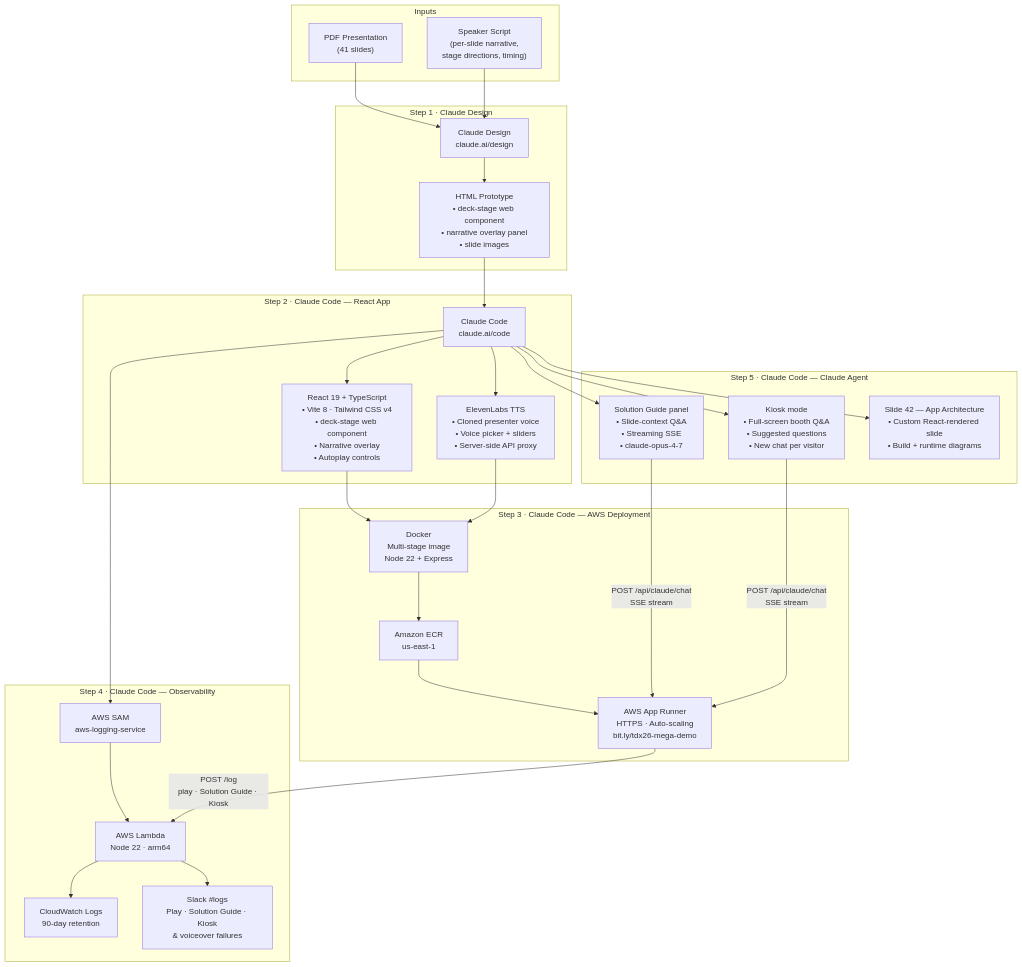
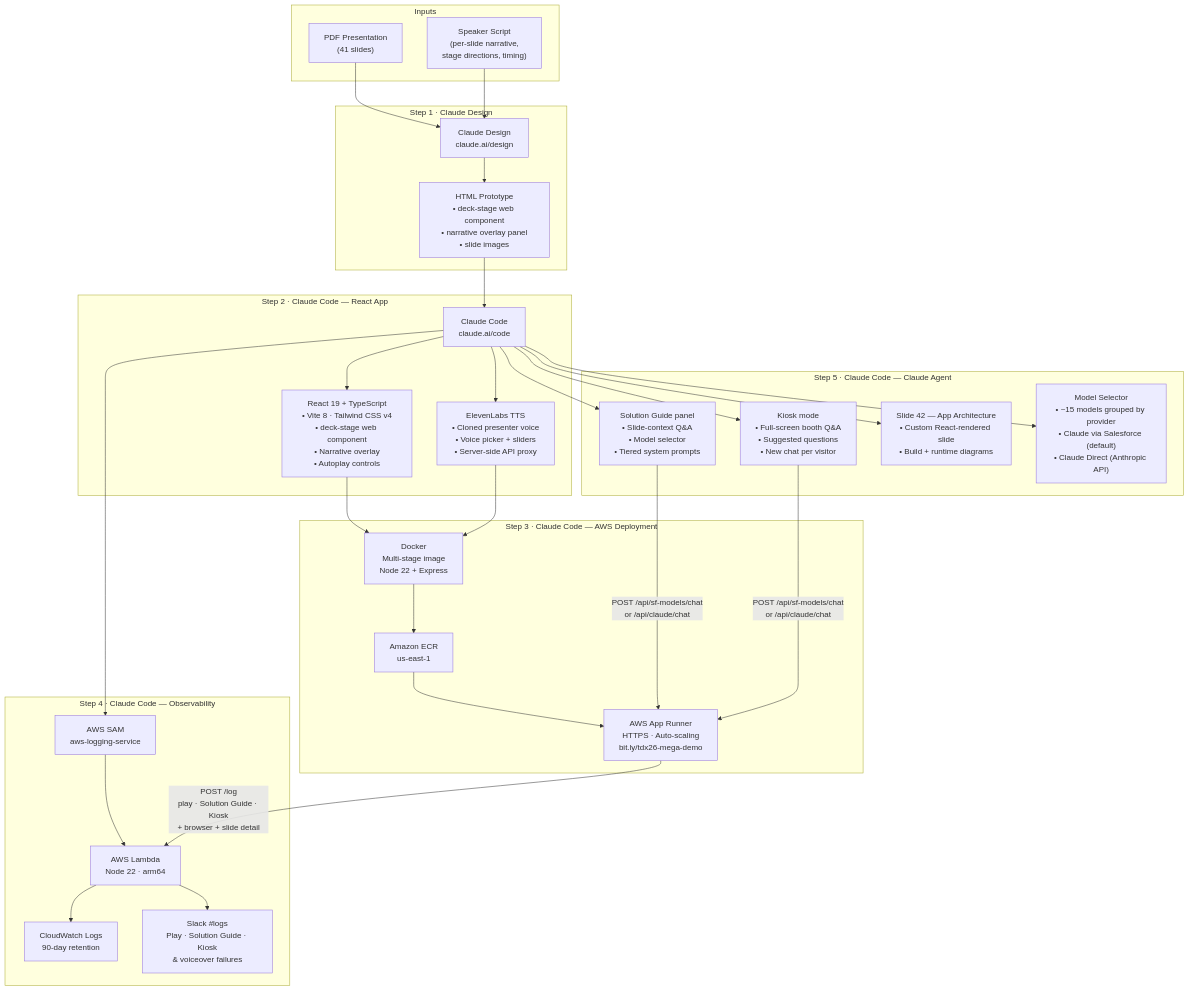
The first of 2 diagrams in README.md (congmingwudi/tdx26-mega-demo), drawn with Mermaid before and after one commit. The commit also changed other lines of this file, not shown here.

First line of the commit message:
Update README: model selector, SF Models API, tiered prompts, logging events

````diff
--- a/README.md
+++ b/README.md
@@ -56,58 +60,60 @@
 ```mermaid
 flowchart TD
     subgraph Inputs["Inputs"]
         PDF["PDF Presentation\n(41 slides)"]
         SCRIPT["Speaker Script\n(per-slide narrative,\nstage directions, timing)"]
     end
 
     subgraph Design["Step 1 · Claude Design"]
         CD["Claude Design\nclaude.ai/design"]
         PROTO["HTML Prototype\n• deck-stage web component\n• narrative overlay panel\n• slide images"]
     end
 
     subgraph Code["Step 2 · Claude Code — React App"]
         CC["Claude Code\nclaude.ai/code"]
         REACT["React 19 + TypeScript\n• Vite 8 · Tailwind CSS v4\n• deck-stage web component\n• Narrative overlay\n• Autoplay controls"]
         TTS["ElevenLabs TTS\n• Cloned presenter voice\n• Voice picker + sliders\n• Server-side API proxy"]
     end
 
     subgraph Deploy["Step 3 · Claude Code — AWS Deployment"]
         DOCKER["Docker\nMulti-stage image\nNode 22 + Express"]
         ECR["Amazon ECR\nus-east-1"]
         AR["AWS App Runner\nHTTPS · Auto-scaling\nbit.ly/tdx26-mega-demo"]
     end
 
     subgraph Observe["Step 4 · Claude Code — Observability"]
         SAM["AWS SAM\naws-logging-service"]
         LAMBDA["AWS Lambda\nNode 22 · arm64"]
         CW["CloudWatch Logs\n90-day retention"]
         SLACK["Slack #logs\nPlay · Solution Guide · Kiosk\n& voiceover failures"]
     end
 
     subgraph Agent["Step 5 · Claude Code — Claude Agent"]
-        ASKCLAUDE["Solution Guide panel\n• Slide-context Q&A\n• Streaming SSE\n• claude-opus-4-7"]
+        ASKCLAUDE["Solution Guide panel\n• Slide-context Q&A\n• Model selector\n• Tiered system prompts"]
         KIOSK["Kiosk mode\n• Full-screen booth Q&A\n• Suggested questions\n• New chat per visitor"]
         ARCHSLIDE["Slide 42 — App Architecture\n• Custom React-rendered slide\n• Build + runtime diagrams"]
+        MODSEL["Model Selector\n• ~15 models grouped by provider\n• Claude via Salesforce (default)\n• Claude Direct (Anthropic API)"]
     end
 
     PDF --> CD
     SCRIPT --> CD
     CD --> PROTO
     PROTO --> CC
     CC --> REACT
     CC --> TTS
     REACT --> DOCKER
     TTS --> DOCKER
     DOCKER --> ECR
     ECR --> AR
     CC --> SAM
     SAM --> LAMBDA
     LAMBDA --> CW
     LAMBDA --> SLACK
-    AR -->|"POST /log\nplay · Solution Guide · Kiosk"| LAMBDA
+    AR -->|"POST /log\nplay · Solution Guide · Kiosk\n+ browser + slide detail"| LAMBDA
     CC --> ASKCLAUDE
     CC --> KIOSK
     CC --> ARCHSLIDE
-    ASKCLAUDE -->|"POST /api/claude/chat\nSSE stream"| AR
-    KIOSK -->|"POST /api/claude/chat\nSSE stream"| AR
+    CC --> MODSEL
+    ASKCLAUDE -->|"POST /api/sf-models/chat\nor /api/claude/chat"| AR
+    KIOSK -->|"POST /api/sf-models/chat\nor /api/claude/chat"| AR
 ```
````
